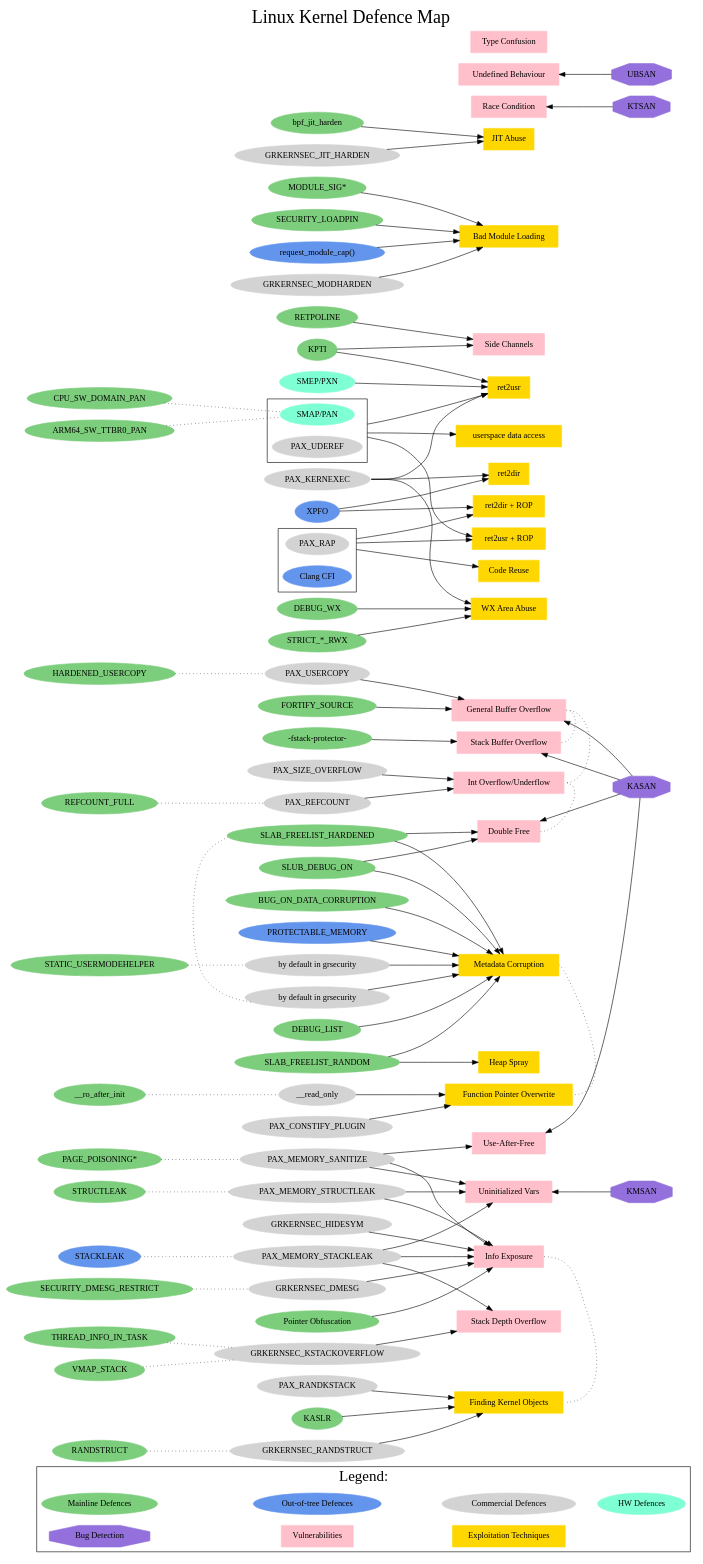
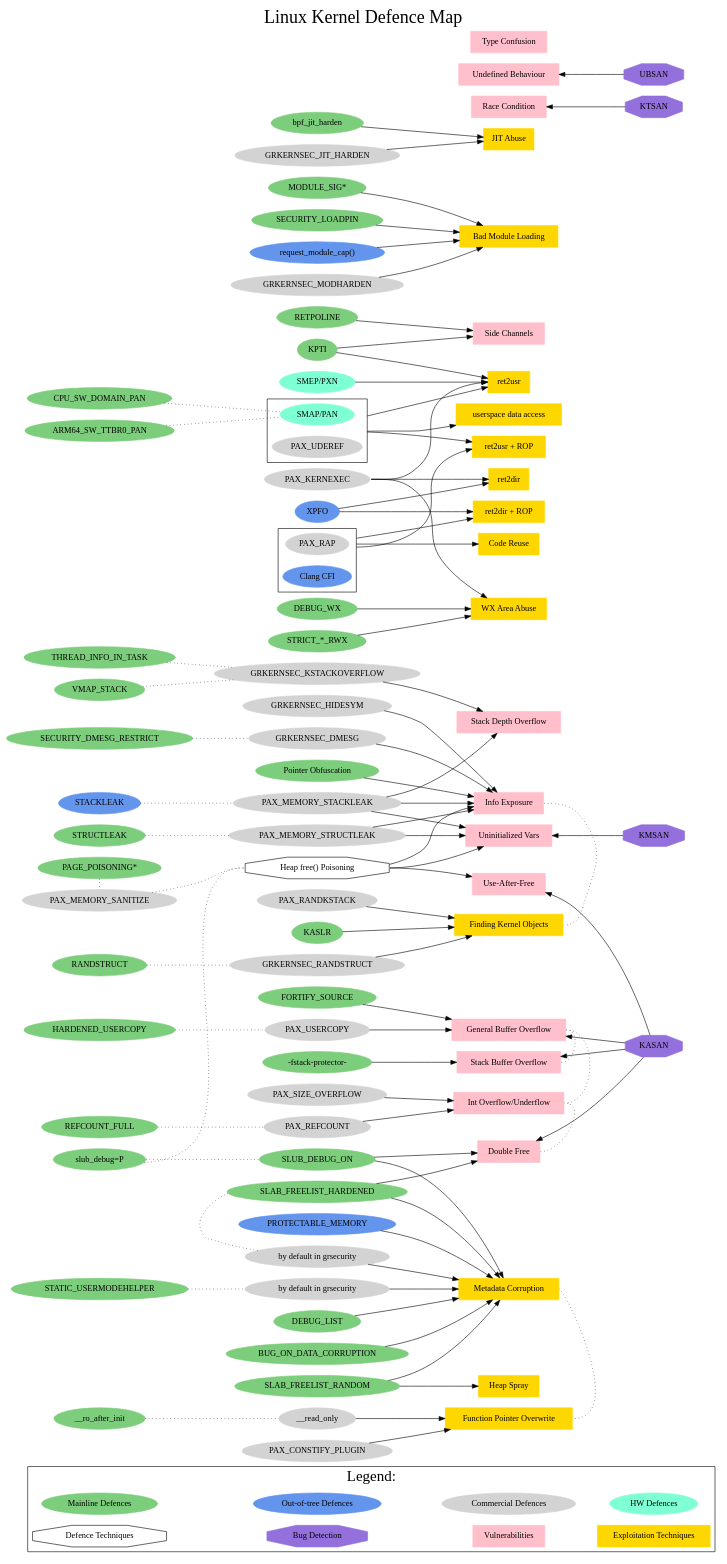
The diagram in linux-kernel-defence-map.dot (a13xp0p0v/linux-kernel-defence-map), drawn with Graphviz before and after one commit.

Commit message:
Introduce "Heap free() Poisoning" as a generic defence technique

```diff
--- a/linux-kernel-defence-map.dot
+++ b/linux-kernel-defence-map.dot
@@ -47,6 +47,7 @@
     "Out-of-tree Defences" [shape=oval, color=cornflowerblue];
     "Commercial Defences" [shape=oval, color=lightgrey];
     "HW Defences" [shape=oval, color=aquamarine];
+    "Defence Techniques" [shape=octagon, color=black, style=solid];
     "Bug Detection" [shape=octagon, color=mediumpurple];
     "Vulnerabilities" [shape=box, color=pink];
     "Exploitation Techniques" [shape=box, color=gold];
@@ -55,15 +56,19 @@
   // For pretty legend layout:
   edge [arrowhead=none, style=invis];
   "Mainline Defences" -> "Out-of-tree Defences" -> "Commercial Defences" -> "HW Defences";
-  "Bug Detection" -> "Vulnerabilities" -> "Exploitation Techniques";
+  "Defence Techniques" -> "Bug Detection" -> "Vulnerabilities" -> "Exploitation Techniques";
 
 
   // Defences
   {
     rank=same;
 
+    // Defence Techniques
+    node [shape=octagon, color=black, style=solid];
+    "Heap free() Poisoning";
+
     // Mainline Defences
-    node [shape=oval, color=palegreen3];
+    node [shape=oval, color=palegreen3, style=filled];
     "-fstack-protector-";
     "FORTIFY_SOURCE";
     "DEBUG_LIST";
@@ -93,7 +98,6 @@
     "PAX_REFCOUNT";
     "PAX_SIZE_OVERFLOW";
     "PAX_USERCOPY";
-    "PAX_MEMORY_SANITIZE";
     "PAX_KERNEXEC";
     "GRKERNSEC_HIDESYM";
     "GRKERNSEC_RANDSTRUCT";
@@ -143,6 +147,11 @@
     "CPU_SW_DOMAIN_PAN";
     "ARM64_SW_TTBR0_PAN";
     "STATIC_USERMODEHELPER";
+    "slub_debug=P";
+
+    // Commercial Defences
+    node [shape=oval, color=lightgrey];
+    "PAX_MEMORY_SANITIZE";
 
     // Out-of-tree Defences
     node [shape=oval, color=cornflowerblue];
@@ -164,6 +173,9 @@
   "ARM64_SW_TTBR0_PAN" -> "SMAP/PAN";
   "STATIC_USERMODEHELPER" -> grsecurity_hardened_usermodehelper;
   "SLAB_FREELIST_HARDENED" -> grsecurity_hardened_freelist;
+  "PAX_MEMORY_SANITIZE" -> "Heap free() Poisoning":w;
+  "slub_debug=P" -> "Heap free() Poisoning":w;
+  "slub_debug=P" -> "SLUB_DEBUG_ON";
 
 
   // Vulnerabilities and Exploitation Techniques
@@ -248,9 +260,9 @@
 
   "PAX_MEMORY_STACKLEAK" -> "Uninitialized Vars";
   "PAX_MEMORY_STRUCTLEAK" -> "Uninitialized Vars";
-  "PAX_MEMORY_SANITIZE" -> "Uninitialized Vars";
+  "Heap free() Poisoning":e -> "Uninitialized Vars";
 
-  "PAX_MEMORY_SANITIZE" -> "Use-After-Free";
+  "Heap free() Poisoning":e -> "Use-After-Free";
 
   "SLUB_DEBUG_ON" -> "Double Free";
   "SLAB_FREELIST_HARDENED" -> "Double Free";
@@ -258,7 +270,7 @@
   "PAX_MEMORY_STACKLEAK" -> "Info Exposure";
   "GRKERNSEC_HIDESYM" -> "Info Exposure";
   "Pointer Obfuscation" -> "Info Exposure";
-  "PAX_MEMORY_SANITIZE" -> "Info Exposure";
+  "Heap free() Poisoning" -> "Info Exposure";
   "PAX_MEMORY_STRUCTLEAK" -> "Info Exposure";
   "GRKERNSEC_DMESG" -> "Info Exposure";
 
```
